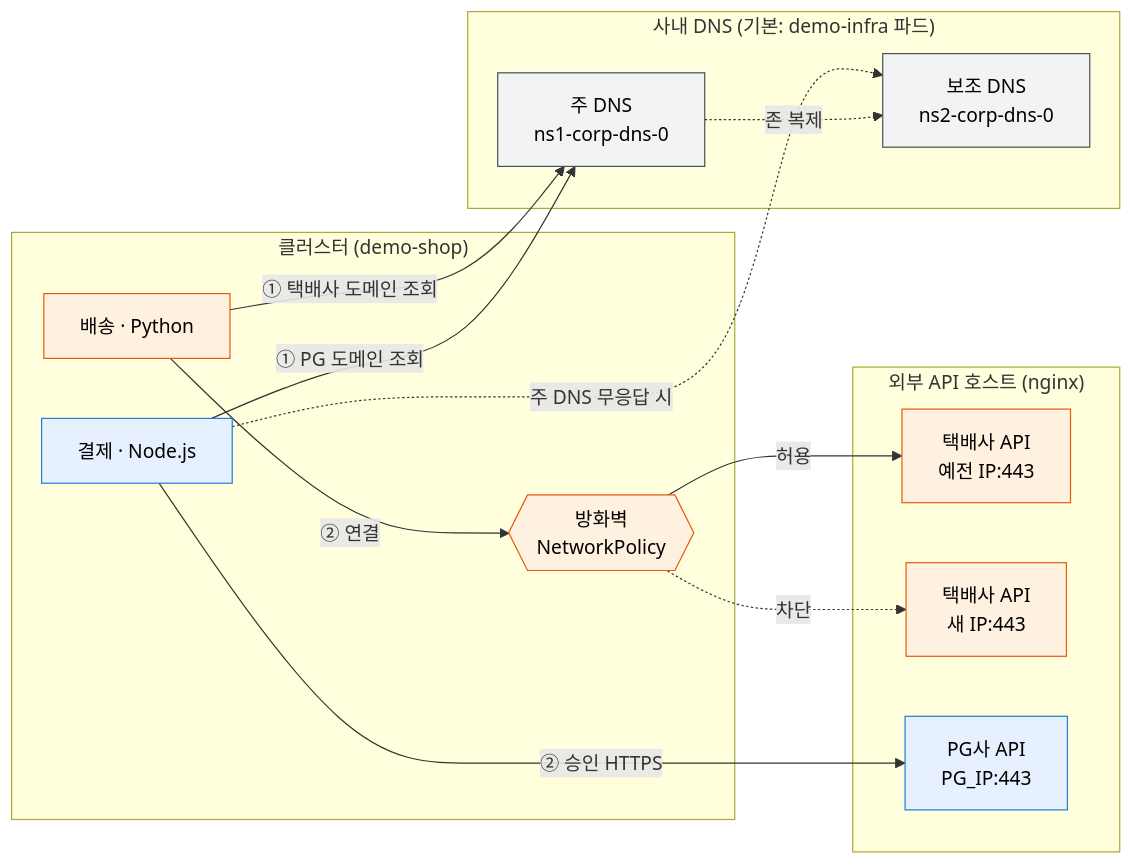
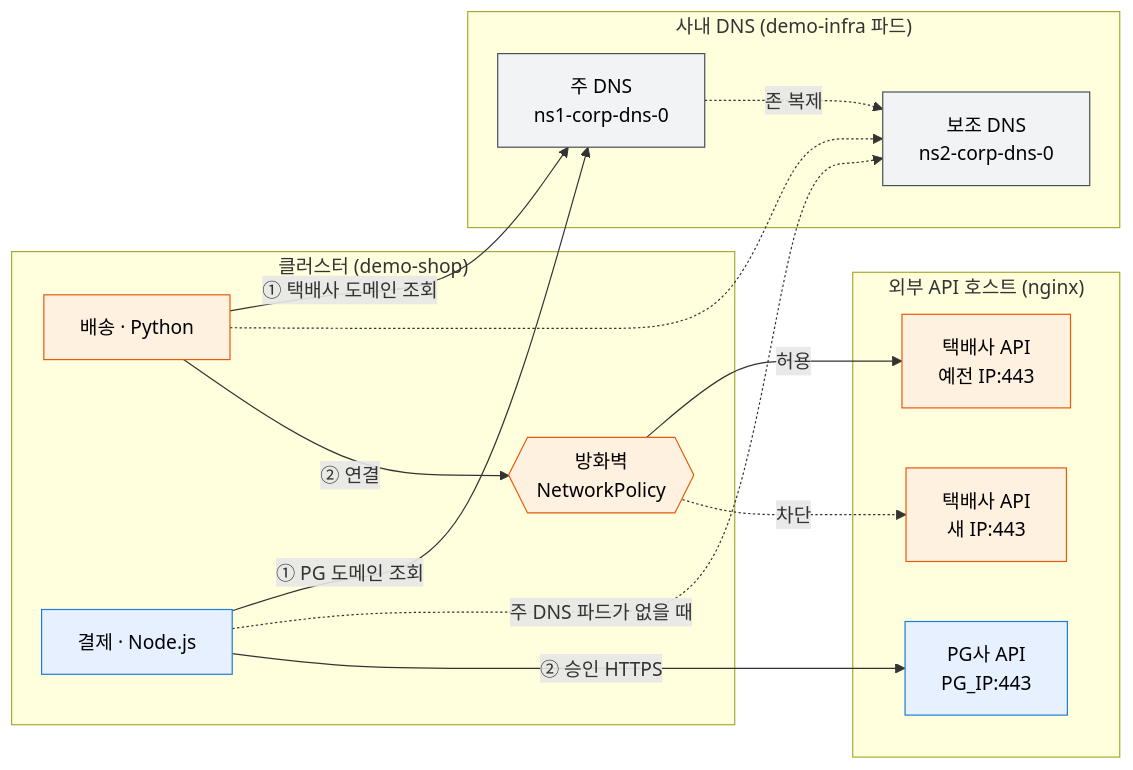
One commit to beomzh/demo-ebpf-shop changed the second of 2 diagrams in README.md. Above: the diagram before and after it, drawn with Mermaid. The commit also changed other lines of this file and 19 other files, not shown here.

````diff
--- a/README.md
+++ b/README.md
@@ -94,36 +100,37 @@
 ```mermaid
 flowchart LR
   subgraph K["클러스터 (demo-shop)"]
     DLV["배송 · Python"]
     PAY["결제 · Node.js"]
     FW{{"방화벽<br/>NetworkPolicy"}}
   end
 
-  subgraph C["사내 DNS (기본: demo-infra 파드)"]
+  subgraph C["사내 DNS (demo-infra 파드)"]
     D1["주 DNS<br/>ns1-corp-dns-0"]
     D2["보조 DNS<br/>ns2-corp-dns-0"]
   end
 
   subgraph N["외부 API 호스트 (nginx)"]
     COLD["택배사 API<br/>예전 IP:443"]
     CNEW["택배사 API<br/>새 IP:443"]
     PGAPI["PG사 API<br/>PG_IP:443"]
   end
 
   DLV -->|"① 택배사 도메인 조회"| D1
   PAY -->|"① PG 도메인 조회"| D1
-  PAY -.->|"주 DNS 무응답 시"| D2
+  PAY -.->|"주 DNS 파드가 없을 때"| D2
+  DLV -.-> D2
   D1 -.->|"존 복제"| D2
 
   DLV -->|"② 연결"| FW
   FW -->|"허용"| COLD
   FW -.->|"차단"| CNEW
   PAY -->|"② 승인 HTTPS"| PGAPI
 
   classDef courier fill:#fff1e0,stroke:#e8590c,color:#000
   classDef pg fill:#e7f0ff,stroke:#1c7ed6,color:#000
   classDef dns fill:#f1f3f5,stroke:#495057,color:#000
   class DLV,FW,COLD,CNEW courier
   class PAY,PGAPI pg
   class D1,D2 dns
 ```
````
